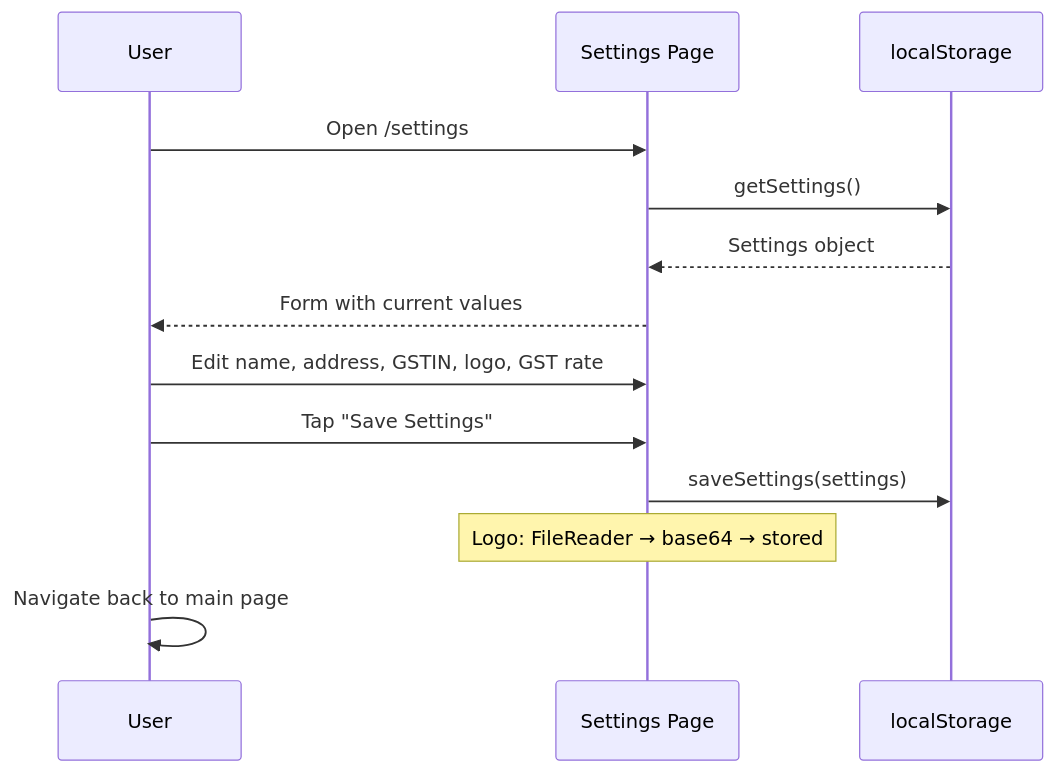
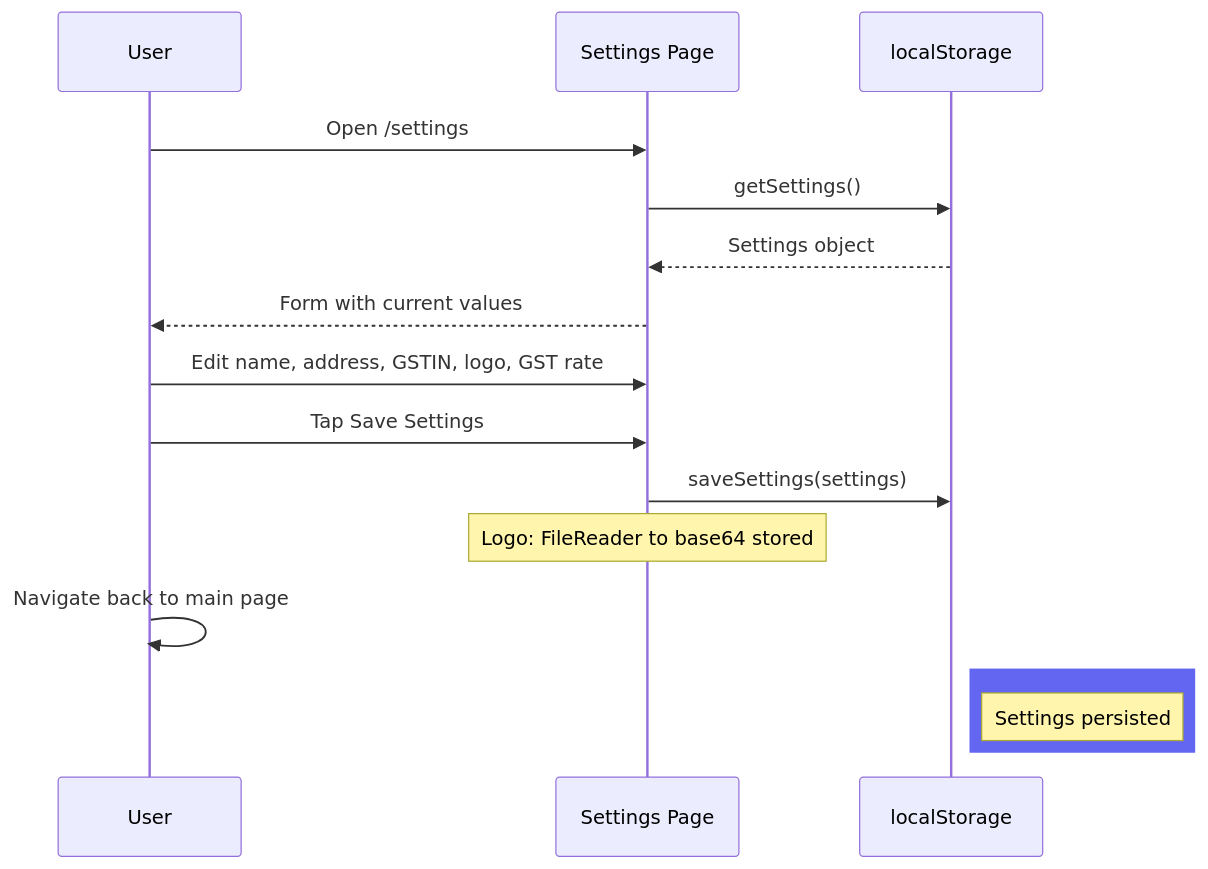
Before and after one commit to sanjanb/bill-buddy: diagram 11 of 11 in ARCHITECTURE.md, drawn with Mermaid. The commit also changed other lines of this file, not shown here.

Commit message:
docs: update ARCHITECTURE.md with styled Mermaid diagrams and refined descriptions

````diff
--- a/ARCHITECTURE.md
+++ b/ARCHITECTURE.md
@@ -300,16 +375,20 @@
 ```mermaid
 sequenceDiagram
     participant U as User
     participant S as Settings Page
     participant LS as localStorage
 
     U->>S: Open /settings
     S->>LS: getSettings()
     LS-->>S: Settings object
     S-->>U: Form with current values
     U->>S: Edit name, address, GSTIN, logo, GST rate
-    U->>S: Tap "Save Settings"
+    U->>S: Tap Save Settings
     S->>LS: saveSettings(settings)
-    Note over S: Logo: FileReader → base64 → stored
+    Note over S: Logo: FileReader to base64 stored
     U->>U: Navigate back to main page
+
+    rect rgb(99, 102, 241)
+    Note right of LS: Settings persisted
+    end
 ```
````
